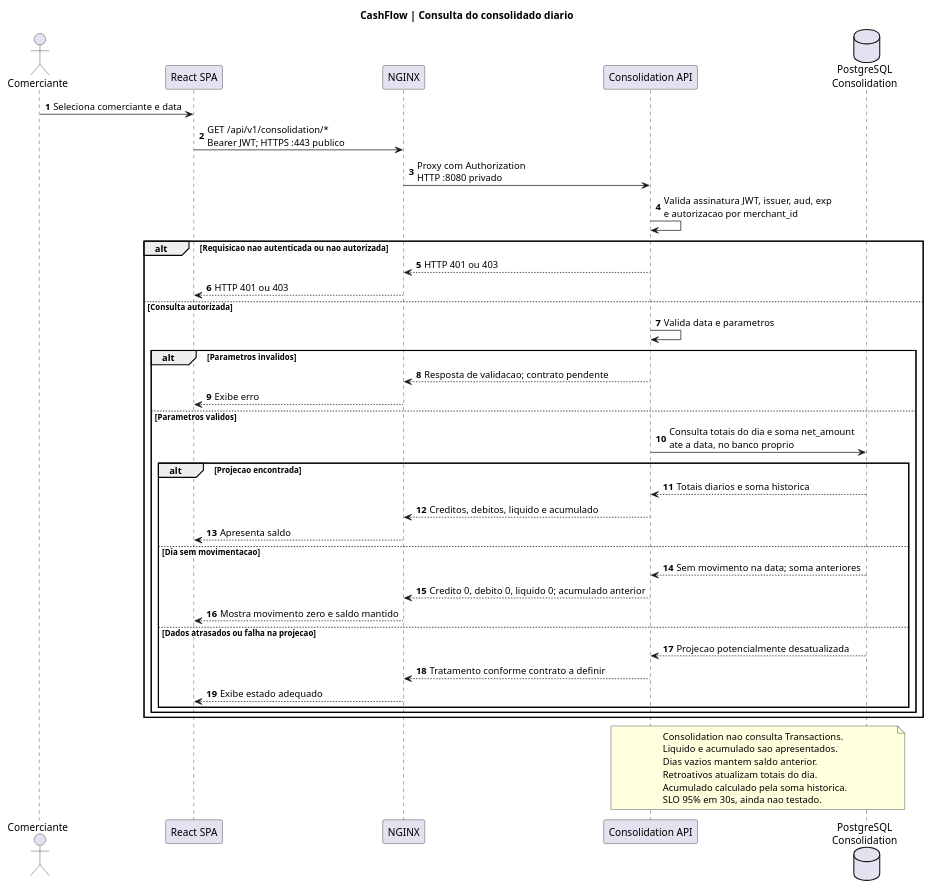
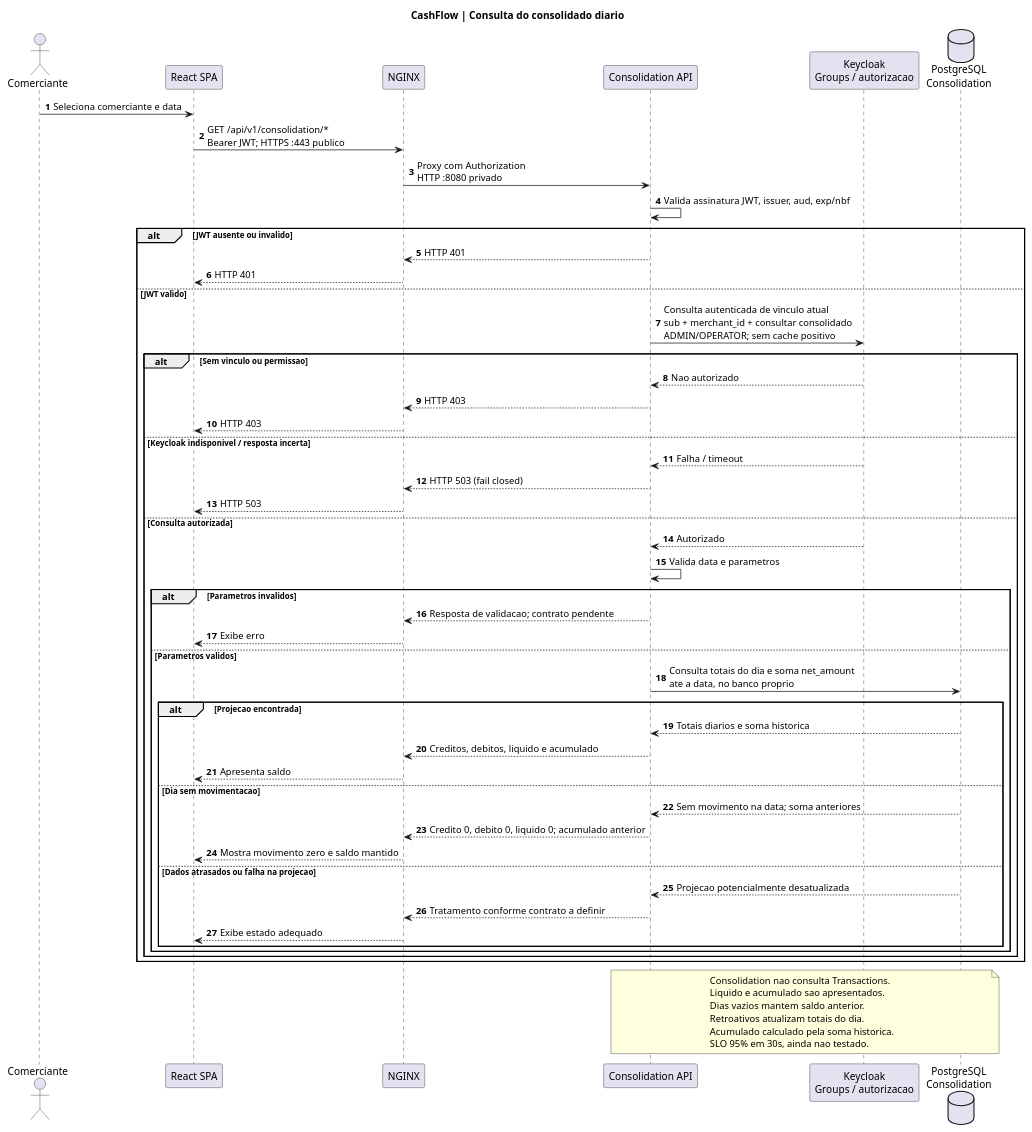
The diagram in docs/architecture/plantuml/sequence-query.puml (wolwerr/CashFlow-Architecture), drawn with PlantUML before and after one commit.

Commit message:
docs(diagrams): show Keycloak authorization and fail-closed in sequence-query

```diff
--- a/docs/architecture/plantuml/sequence-query.puml
+++ b/docs/architecture/plantuml/sequence-query.puml
@@ -1,47 +1,60 @@
 @startuml CashFlow_Query
 title CashFlow | Consulta do consolidado diario
 autonumber
 actor Comerciante as U
 participant "React SPA" as W
 participant "NGINX" as G
 participant "Consolidation API" as C
+participant "Keycloak\nGroups / autorizacao" as KC
 database "PostgreSQL\nConsolidation" as DB
 
 U -> W: Seleciona comerciante e data
 W -> G: GET /api/v1/consolidation/*\nBearer JWT; HTTPS :443 publico
 G -> C: Proxy com Authorization\nHTTP :8080 privado
-C -> C: Valida assinatura JWT, issuer, aud, exp\ne autorizacao por merchant_id
-alt Requisicao nao autenticada ou nao autorizada
-  C --> G: HTTP 401 ou 403
-  G --> W: HTTP 401 ou 403
-else Consulta autorizada
+C -> C: Valida assinatura JWT, issuer, aud, exp/nbf
+alt JWT ausente ou invalido
+  C --> G: HTTP 401
+  G --> W: HTTP 401
+else JWT valido
+  C -> KC: Consulta autenticada de vinculo atual\nsub + merchant_id + consultar consolidado\nADMIN/OPERATOR; sem cache positivo
+  alt Sem vinculo ou permissao
+    KC --> C: Nao autorizado
+    C --> G: HTTP 403
+    G --> W: HTTP 403
+  else Keycloak indisponivel / resposta incerta
+    KC --> C: Falha / timeout
+    C --> G: HTTP 503 (fail closed)
+    G --> W: HTTP 503
+  else Consulta autorizada
+    KC --> C: Autorizado
   C -> C: Valida data e parametros
   alt Parametros invalidos
     C --> G: Resposta de validacao; contrato pendente
     G --> W: Exibe erro
   else Parametros validos
     C -> DB: Consulta totais do dia e soma net_amount\nate a data, no banco proprio
     alt Projecao encontrada
       DB --> C: Totais diarios e soma historica
       C --> G: Creditos, debitos, liquido e acumulado
       G --> W: Apresenta saldo
     else Dia sem movimentacao
       DB --> C: Sem movimento na data; soma anteriores
       C --> G: Credito 0, debito 0, liquido 0; acumulado anterior
       G --> W: Mostra movimento zero e saldo mantido
     else Dados atrasados ou falha na projecao
       DB --> C: Projecao potencialmente desatualizada
       C --> G: Tratamento conforme contrato a definir
       G --> W: Exibe estado adequado
     end
   end
 end
+end
 note over C,DB
 Consolidation nao consulta Transactions.
 Liquido e acumulado sao apresentados.
 Dias vazios mantem saldo anterior.
 Retroativos atualizam totais do dia.
 Acumulado calculado pela soma historica.
 SLO 95% em 30s, ainda nao testado.
 end note
 @enduml
```
